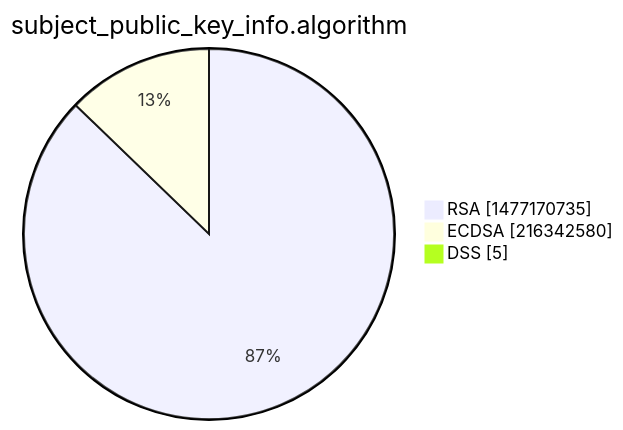
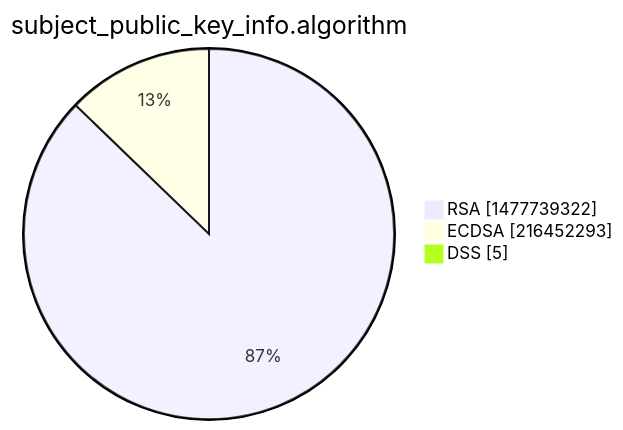
Before and after one commit to christiankrug/ctmonitor_visualization: the third of 15 diagrams in xenon2022/README.md, drawn with Mermaid. The commit also changed other lines of this file, not shown here.

````diff
--- a/xenon2022/README.md
+++ b/xenon2022/README.md
@@ -14,7 +14,7 @@
 ```mermaid
 pie showData
 title subject_public_key_info.algorithm
-"RSA" :1477170735
-"ECDSA" :216342580
+"RSA" :1477739322
+"ECDSA" :216452293
 "DSS" :5
 ```
````
